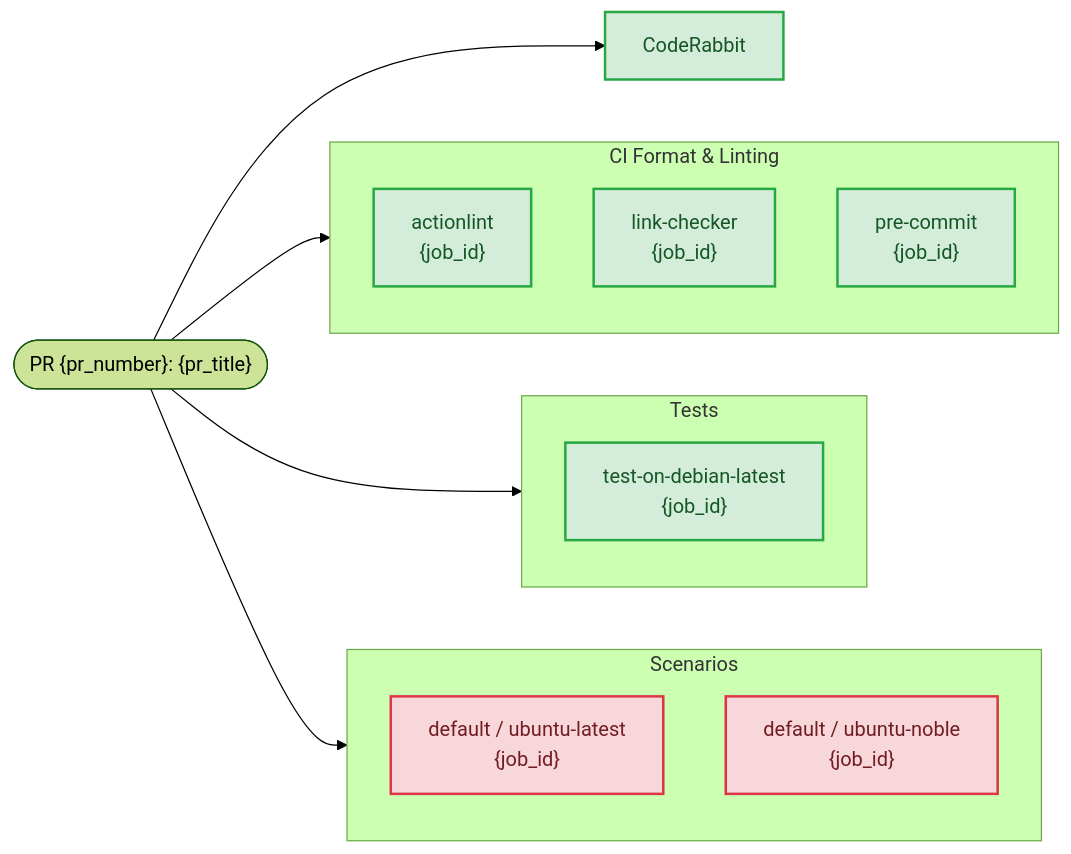
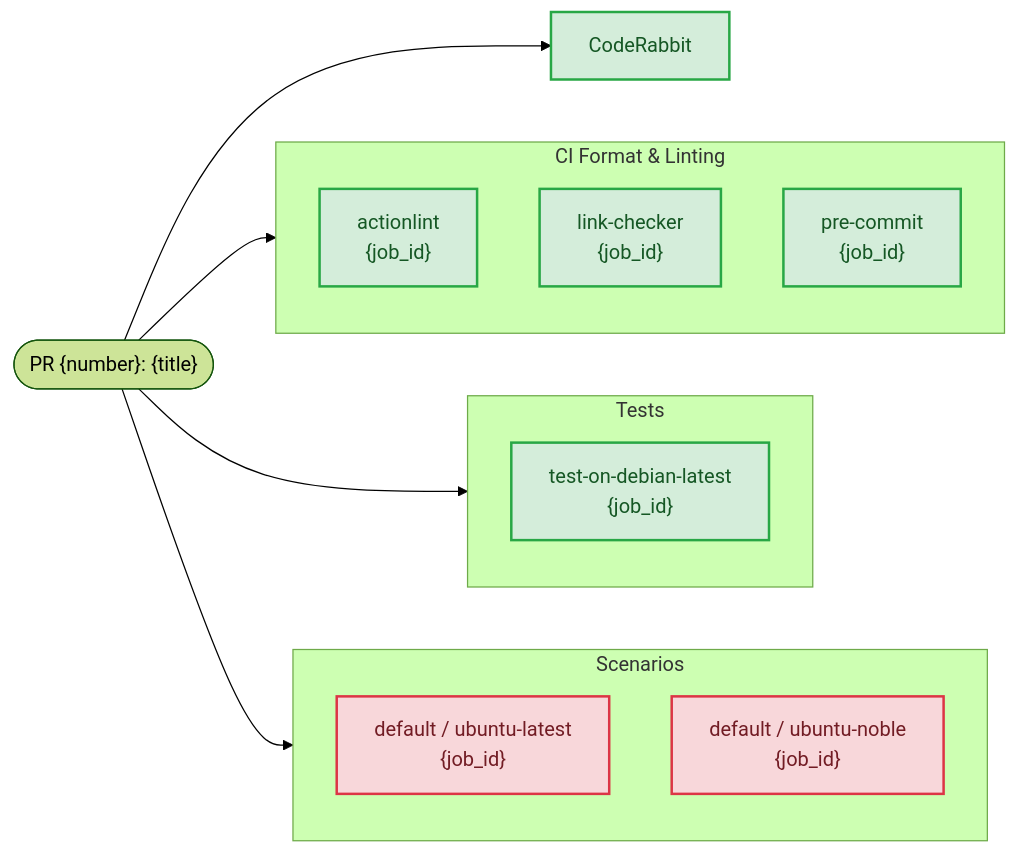
Before and after one commit to carenic/cogni-ai-agent-skills: the second of 2 diagrams in gh-pr/SKILL.md, drawn with Mermaid (forest theme). The commit also changed other lines of this file and 3 other files, not shown here.

Commit message:
Revert <> syntax; keep {} for graphs.

````diff
--- a/gh-pr/SKILL.md
+++ b/gh-pr/SKILL.md
@@ -118,33 +118,33 @@
 ```mermaid
 %% This flowchart visualizes the topology and statuses of CI/CD checks for a PR.
 %% Data for this diagram can be retrieved natively using:
-%% gh pr checks {pr_number} --repo {owner}/{repo}
+%% gh pr checks <number> --repo <owner>/<repo>
 flowchart LR
-    pr(["PR {pr_number}: {pr_title}"])
+    pr(["PR {number}: {title}"])
 
     subgraph Checks ["CI Format & Linting"]
         direction TB
         c3["actionlint<br>{job_id}"]:::pass
         c1["link-checker<br>{job_id}"]:::pass
         c2["pre-commit<br>{job_id}"]:::pass
     end
 
     subgraph Tests ["Tests"]
         direction TB
         t1["test-on-debian-latest<br>{job_id}"]:::pass
     end
 
     subgraph Molecule ["Scenarios"]
         direction TB
         m1["default / ubuntu-latest<br>{job_id}"]:::fail
         m2["default / ubuntu-noble<br>{job_id}"]:::fail
     end
 
     pr --> Checks
     pr --> Tests
     pr --> Molecule
     pr --> cr["CodeRabbit"]:::pass
 
     classDef pass fill:#d4edda,stroke:#28a745,color:#155724,stroke-width:2px;
     classDef fail fill:#f8d7da,stroke:#dc3545,color:#721c24,stroke-width:2px;
 ```
````
